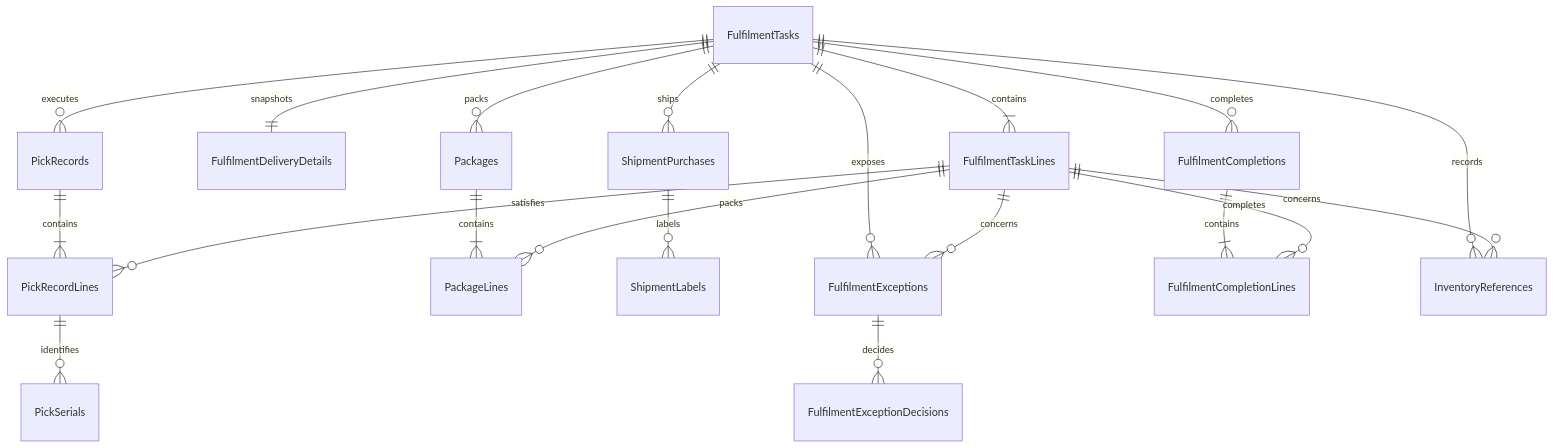
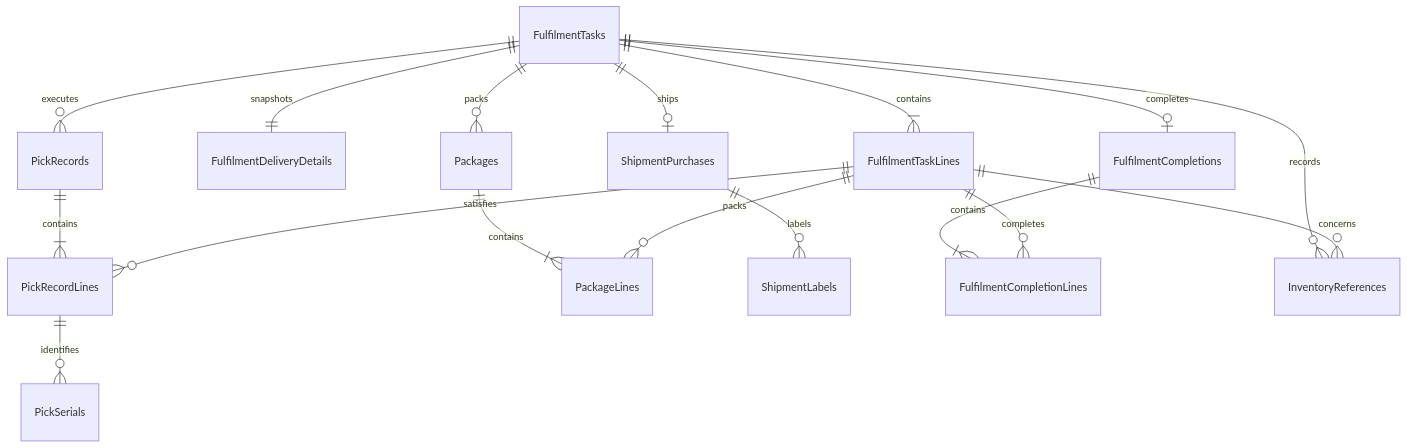
The diagram in docs/domain/order-fulfilment/database-design.md (ben-cottrell/acme-erp), drawn with Mermaid before and after one commit. The commit also changed other lines of this file and 78 other files, not shown here.

````diff
--- a/docs/domain/order-fulfilment/database-design.md
+++ b/docs/domain/order-fulfilment/database-design.md
@@ -22,22 +22,19 @@
 ```mermaid
 erDiagram
     FulfilmentTasks ||--|{ FulfilmentTaskLines : contains
     FulfilmentTasks ||--|| FulfilmentDeliveryDetails : snapshots
     FulfilmentTasks ||--o{ PickRecords : executes
     PickRecords ||--|{ PickRecordLines : contains
     FulfilmentTaskLines ||--o{ PickRecordLines : satisfies
     PickRecordLines ||--o{ PickSerials : identifies
     FulfilmentTasks ||--o{ Packages : packs
     Packages ||--|{ PackageLines : contains
     FulfilmentTaskLines ||--o{ PackageLines : packs
-    FulfilmentTasks ||--o{ ShipmentPurchases : ships
+    FulfilmentTasks ||--o| ShipmentPurchases : ships
     ShipmentPurchases ||--o{ ShipmentLabels : labels
-    FulfilmentTasks ||--o{ FulfilmentExceptions : exposes
-    FulfilmentTaskLines ||--o{ FulfilmentExceptions : concerns
-    FulfilmentExceptions ||--o{ FulfilmentExceptionDecisions : decides
-    FulfilmentTasks ||--o{ FulfilmentCompletions : completes
+    FulfilmentTasks ||--o| FulfilmentCompletions : completes
     FulfilmentCompletions ||--|{ FulfilmentCompletionLines : contains
     FulfilmentTaskLines ||--o{ FulfilmentCompletionLines : completes
     FulfilmentTasks ||--o{ InventoryReferences : records
     FulfilmentTaskLines ||--o{ InventoryReferences : concerns
 ```
````
